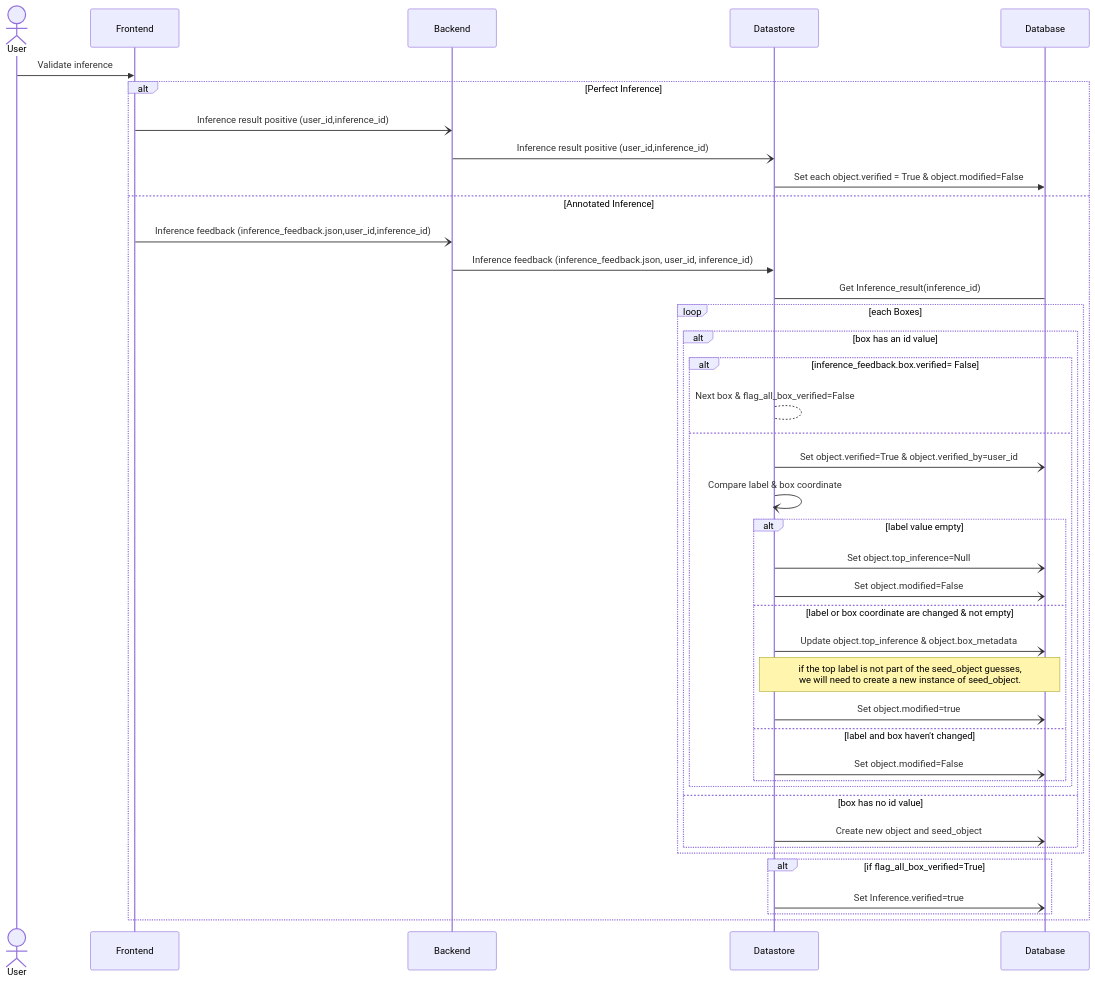
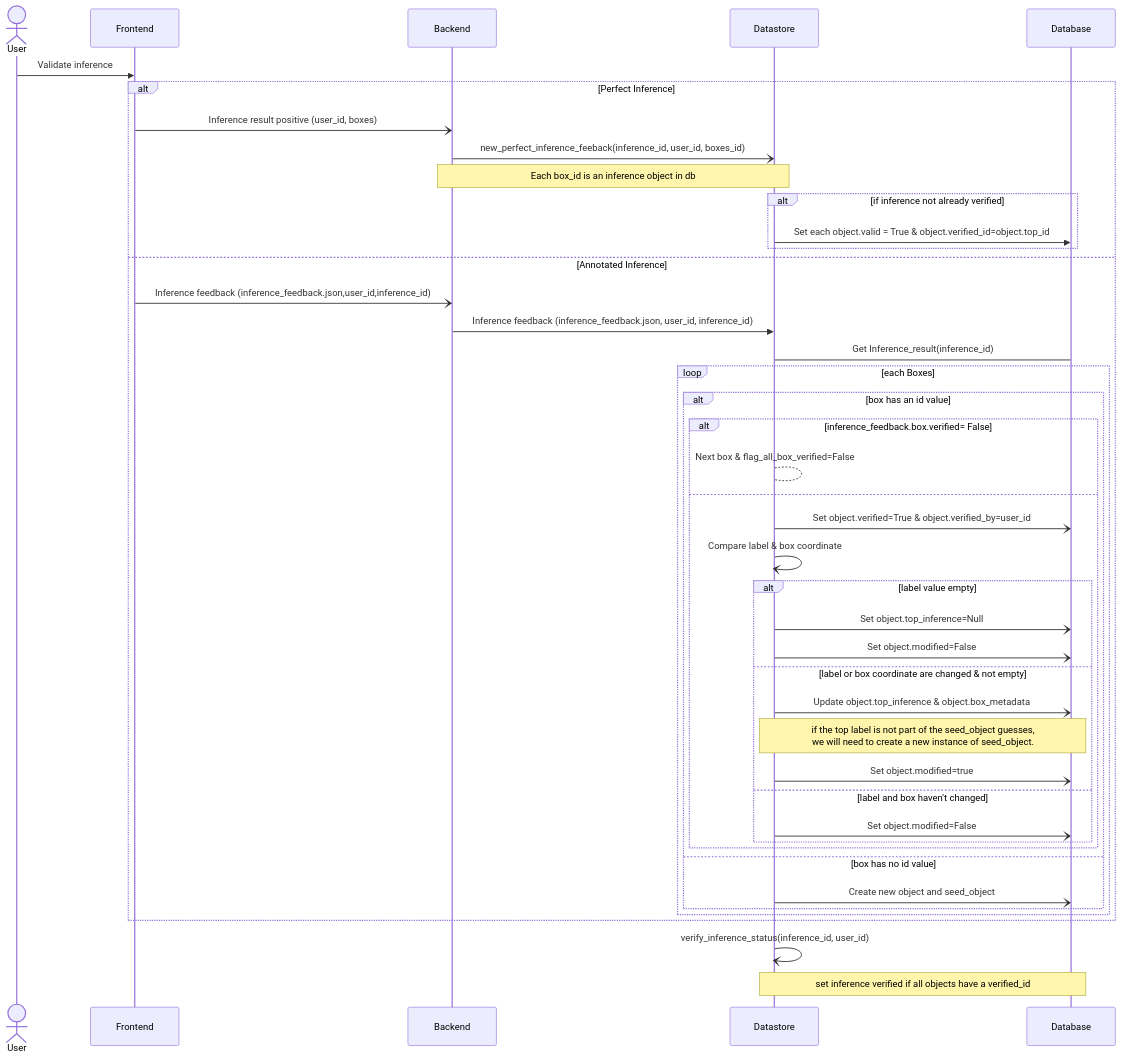
Before and after one commit to ai-cfia/ailab-datastore: the second of 2 diagrams in doc/inference-feedback.md, drawn with Mermaid. The commit also changed 3 other files, not shown here.

````diff
--- a/doc/inference-feedback.md
+++ b/doc/inference-feedback.md
@@ -63,49 +63,52 @@
 ``` mermaid
 
 sequenceDiagram;
   actor User
   participant Frontend
   participant Backend
   participant Datastore
   participant Database
   
 
     User ->> Frontend: Validate inference
     alt Perfect Inference
-    Frontend -) Backend: Inference result positive (user_id,inference_id)
-    Backend -) Datastore: Inference result positive (user_id,inference_id)
-    Datastore ->> Database: Set each object.verified = True & object.modified=False
+    Frontend -) Backend: Inference result positive (user_id, boxes)
+    Backend -) Datastore: new_perfect_inference_feeback(inference_id, user_id, boxes_id)
+    Note over Backend, Datastore : Each box_id is an inference object in db
+        alt if inference not already verified
+            Datastore ->> Database: Set each object.valid = True & object.verified_id=object.top_id
+        end
     else Annotated Inference
     Frontend -) Backend: Inference feedback (inference_feedback.json,user_id,inference_id)
     Backend ->> Datastore: Inference feedback (inference_feedback.json, user_id, inference_id)
     Datastore -> Database: Get Inference_result(inference_id)
         loop each Boxes
             alt box has an id value
                 alt inference_feedback.box.verified= False
                     Datastore --> Datastore: Next box & flag_all_box_verified=False
                 else
                     Datastore -) Database: Set object.verified=True & object.verified_by=user_id
                     Datastore -) Datastore: Compare label & box coordinate
                     alt label value empty
                         Datastore -) Database: Set object.top_inference=Null
                         Datastore -) Database: Set object.modified=False                   
                     else label or box coordinate are changed & not empty
                         Datastore -) Database: Update object.top_inference & object.box_metadata
                         Note over Datastore,Database: if the top label is not part of the seed_object guesses, <br>we will need to create a new instance of seed_object.
                         Datastore -) Database: Set object.modified=true
                     else label and box haven't changed
                         Datastore -) Database: Set object.modified=False
                     end
                 end
             else box has no id value
                 Datastore -) Database: Create new object and seed_object
             end
         end
-        alt if flag_all_box_verified=True
-            Datastore -) Database: Set Inference.verified=true
-        end
     end
+    Datastore -) Datastore : verify_inference_status(inference_id, user_id)
+    Note over Datastore, Database : set inference verified if all objects have a verified_id
+
     
 
 
 ```
````
